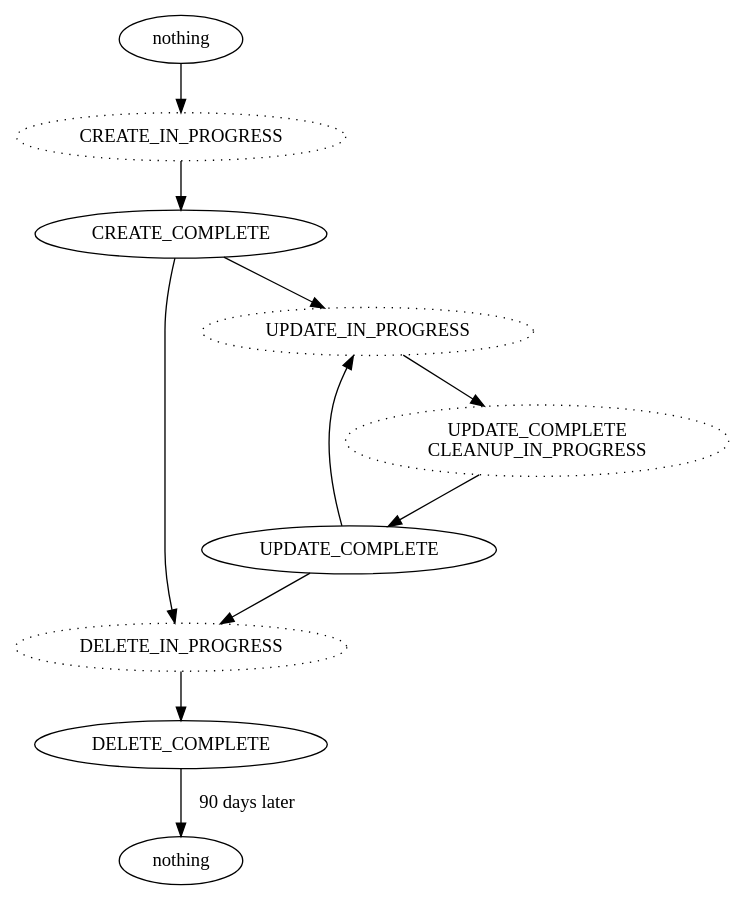
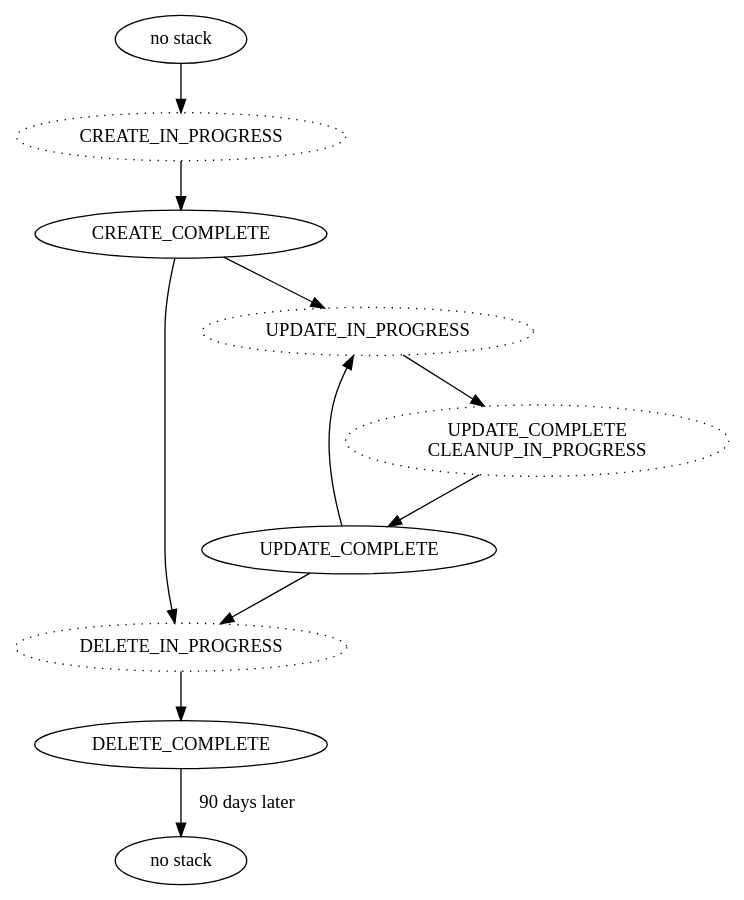
One commit to rvedotrc/aws-cloudformation-stack-states changed the diagram in happy.dot. Above: the diagram before and after it, drawn with Graphviz. The commit also changed 4 other files, not shown here.

```diff
--- a/happy.dot
+++ b/happy.dot
@@ -1,27 +1,27 @@
 digraph happy {
 
-  before_existence [ label="nothing" ]
-  after_existence [ label="nothing" ]
+  before_existence [ label="no stack" ]
+  after_existence [ label="no stack" ]
 
   CREATE_COMPLETE
   CREATE_IN_PROGRESS [ style=dotted ]
   DELETE_COMPLETE
   DELETE_IN_PROGRESS [ style=dotted ]
   UPDATE_COMPLETE
   UPDATE_COMPLETE_CLEANUP_IN_PROGRESS [ style=dotted label="UPDATE_COMPLETE\nCLEANUP_IN_PROGRESS" ]
   UPDATE_IN_PROGRESS [ style=dotted ]
 
   before_existence -> CREATE_IN_PROGRESS
   CREATE_IN_PROGRESS -> CREATE_COMPLETE
 
   CREATE_COMPLETE -> UPDATE_IN_PROGRESS -> UPDATE_COMPLETE_CLEANUP_IN_PROGRESS -> UPDATE_COMPLETE
   UPDATE_COMPLETE -> UPDATE_IN_PROGRESS
 
   UPDATE_COMPLETE -> DELETE_IN_PROGRESS
 
   CREATE_COMPLETE -> DELETE_IN_PROGRESS
   DELETE_IN_PROGRESS -> DELETE_COMPLETE
   DELETE_COMPLETE -> after_existence [ label=" 90 days later" ]
 
 }
 // # vi: set sw=2 et ai :
```
